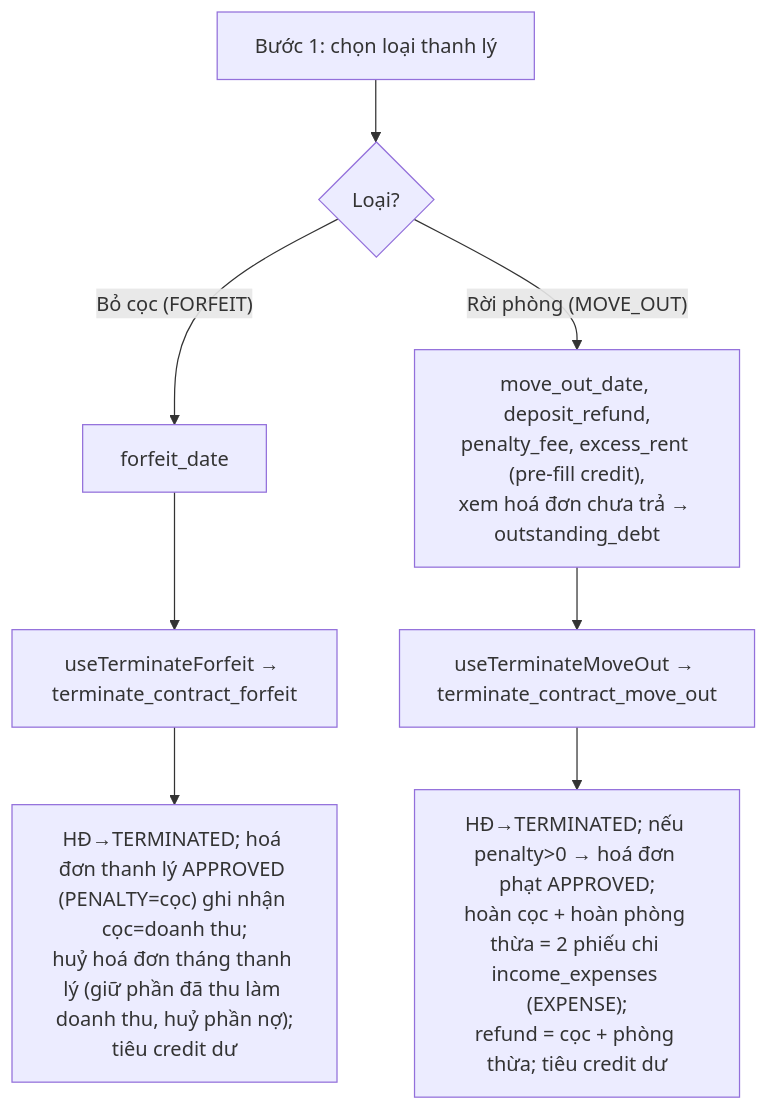
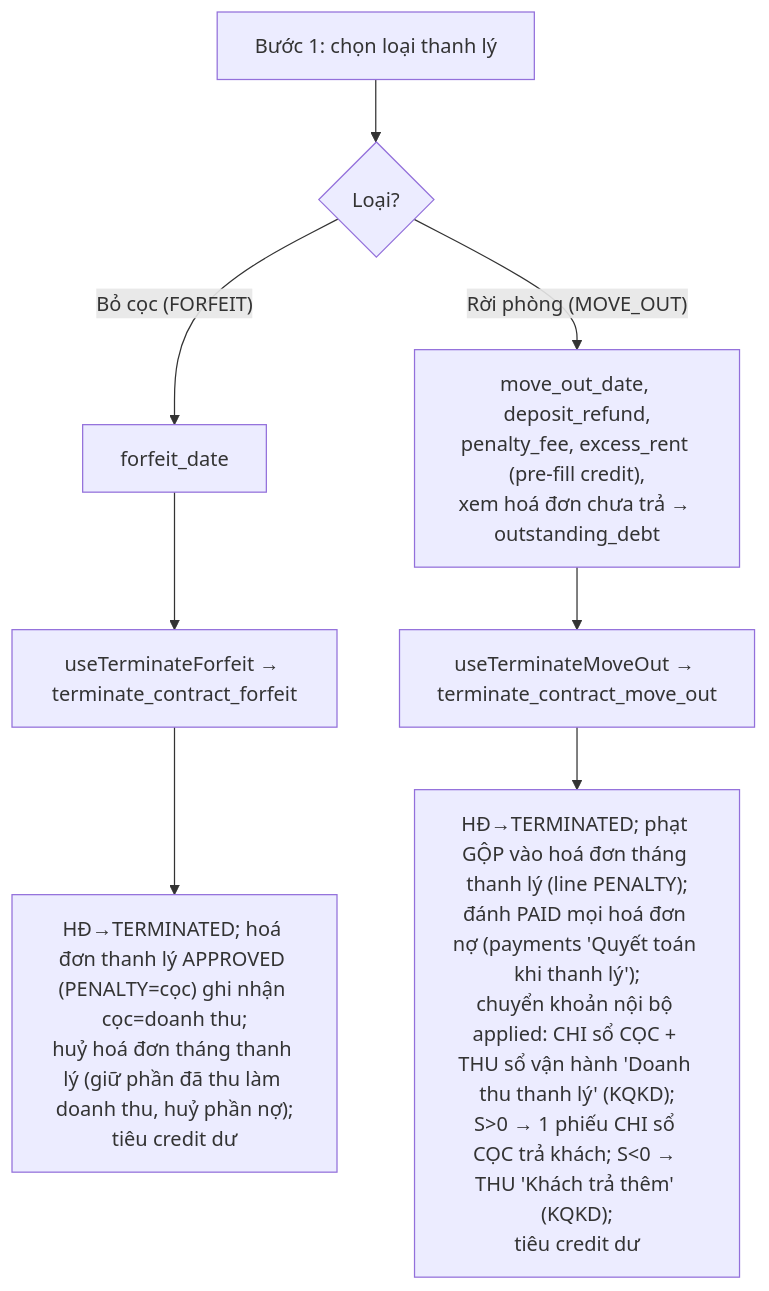
Before and after one commit to zxGreenxz/whiteboard-ihomecrm: the fourth of 4 diagrams in docs/he-thong/05-hop-dong.md, drawn with Mermaid. The commit also changed other lines of this file and 17 other files, not shown here.

````diff
--- a/docs/he-thong/05-hop-dong.md
+++ b/docs/he-thong/05-hop-dong.md
@@ -314,10 +352,10 @@
 ```mermaid
 flowchart TD
     S1["Bước 1: chọn loại thanh lý"] --> FF{"Loại?"}
     FF -- "Bỏ cọc (FORFEIT)" --> FO["forfeit_date"]
     FF -- "Rời phòng (MOVE_OUT)" --> MO["move_out_date, deposit_refund,<br/>penalty_fee, excess_rent (pre-fill credit),<br/>xem hoá đơn chưa trả → outstanding_debt"]
     FO --> FH["useTerminateForfeit → terminate_contract_forfeit"]
     MO --> MH["useTerminateMoveOut → terminate_contract_move_out"]
     FH --> R1["HĐ→TERMINATED; hoá đơn thanh lý APPROVED (PENALTY=cọc) ghi nhận cọc=doanh thu;<br/>huỷ hoá đơn tháng thanh lý (giữ phần đã thu làm doanh thu, huỷ phần nợ);<br/>tiêu credit dư"]
-    MH --> R2["HĐ→TERMINATED; nếu penalty&gt;0 → hoá đơn phạt APPROVED;<br/>hoàn cọc + hoàn phòng thừa = 2 phiếu chi income_expenses (EXPENSE);<br/>refund = cọc + phòng thừa; tiêu credit dư"]
+    MH --> R2["HĐ→TERMINATED; phạt GỘP vào hoá đơn tháng thanh lý (line PENALTY);<br/>đánh PAID mọi hoá đơn nợ (payments 'Quyết toán khi thanh lý');<br/>chuyển khoản nội bộ applied: CHI sổ CỌC + THU sổ vận hành 'Doanh thu thanh lý' (KQKD);<br/>S&gt;0 → 1 phiếu CHI sổ CỌC trả khách; S&lt;0 → THU 'Khách trả thêm' (KQKD);<br/>tiêu credit dư"]
 ```
````
